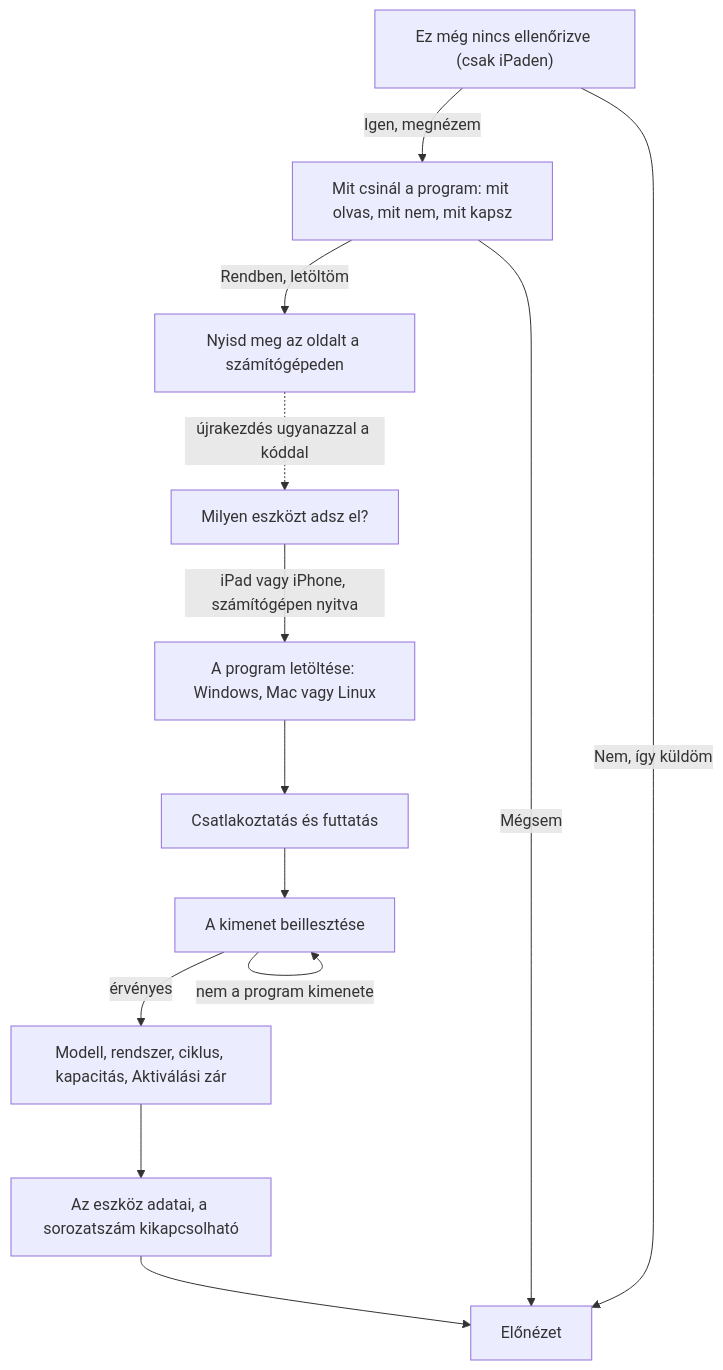
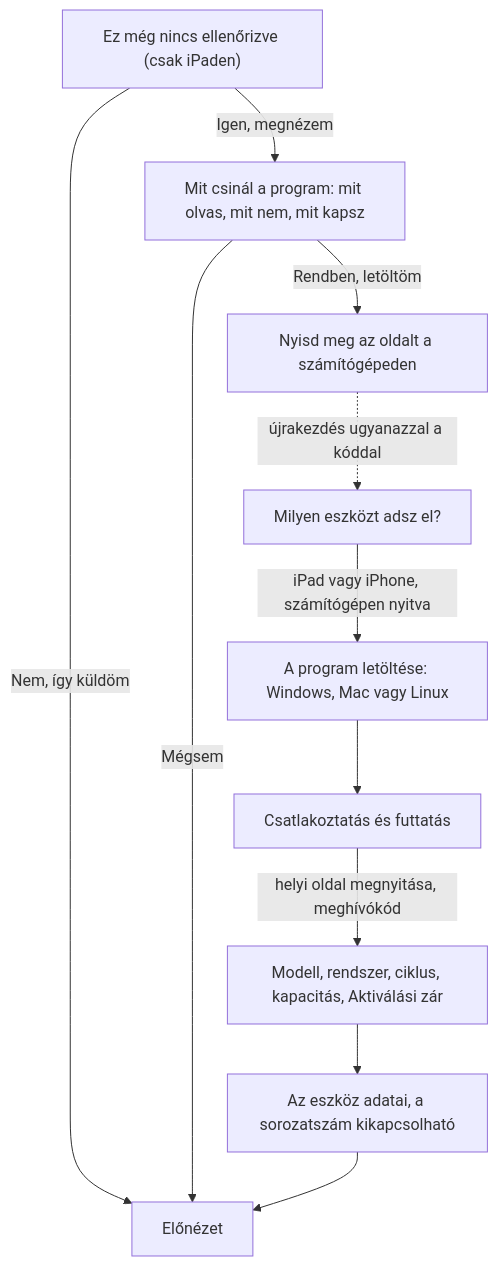
Before and after one commit to krisz0722/ipad-audit: the fourth of 7 diagrams in docs/flows.md, drawn with Mermaid. The commit also changed other lines of this file and 42 other files, not shown here.

````diff
--- a/docs/flows.md
+++ b/docs/flows.md
@@ -120,15 +120,13 @@
 ```mermaid
 flowchart TD
   REM["Ez még nincs ellenőrizve (csak iPaden)"] -->|"Igen, megnézem"| A["Mit csinál a program: mit olvas, mit nem, mit kapsz"]
   REM -->|"Nem, így küldöm"| P["Előnézet"]
   A -->|"Mégsem"| P
   A -->|"Rendben, letöltöm"| SW["Nyisd meg az oldalt a számítógépeden"]
   SW -.->|"újrakezdés ugyanazzal a kóddal"| K["Milyen eszközt adsz el?"]
   K -->|"iPad vagy iPhone, számítógépen nyitva"| G["A program letöltése: Windows, Mac vagy Linux"]
   G --> F["Csatlakoztatás és futtatás"]
-  F --> PA["A kimenet beillesztése"]
-  PA -->|"nem a program kimenete"| PA
-  PA -->|"érvényes"| RES["Modell, rendszer, ciklus, kapacitás, Aktiválási zár"]
+  F -->|"helyi oldal megnyitása, meghívókód"| RES["Modell, rendszer, ciklus, kapacitás, Aktiválási zár"]
   RES --> D["Az eszköz adatai, a sorozatszám kikapcsolható"]
   D --> P
 ```
````
